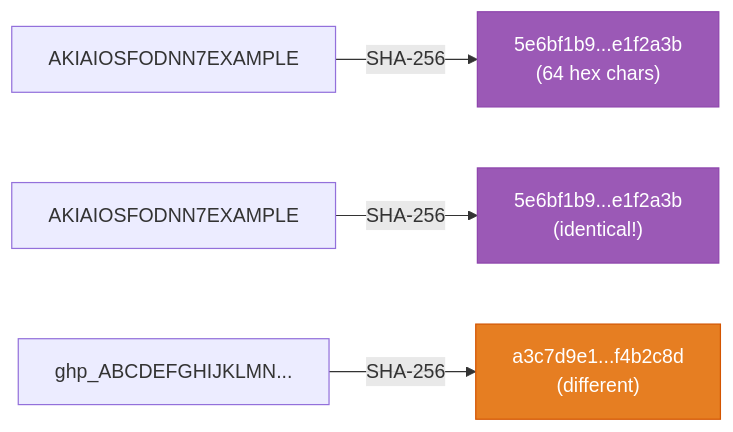
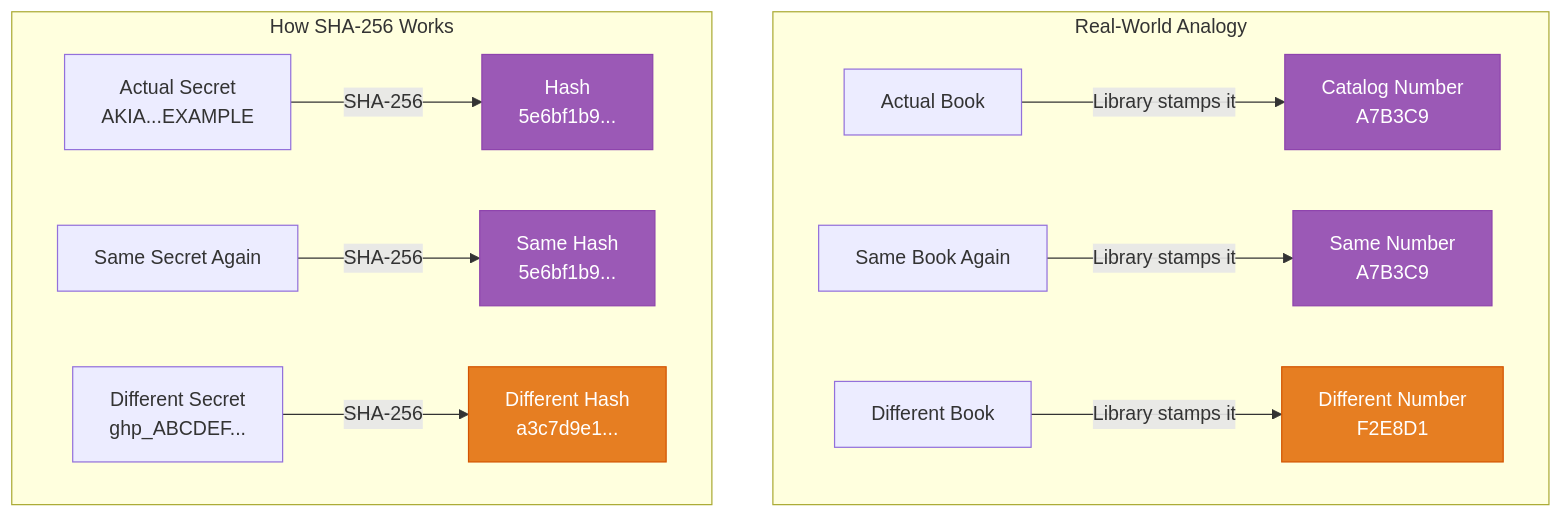
One commit to svemulapati/CredVigil changed the fourth of 41 diagrams in docs/training/02-secure-hashing-metadata-pipeline.md. Above: the diagram before and after it, drawn with Mermaid. The commit also changed other lines of this file, not shown here.

````diff
--- a/docs/training/02-secure-hashing-metadata-pipeline.md
+++ b/docs/training/02-secure-hashing-metadata-pipeline.md
@@ -158,9 +159,19 @@
 ```mermaid
-flowchart LR
-    A["AKIAIOSFODNN7EXAMPLE"] -->|"SHA-256"| B["5e6bf1b9...e1f2a3b\n(64 hex chars)"]
-    C["AKIAIOSFODNN7EXAMPLE"] -->|"SHA-256"| D["5e6bf1b9...e1f2a3b\n(identical!)"]
-    E["ghp_ABCDEFGHIJKLMN..."] -->|"SHA-256"| F["a3c7d9e1...f4b2c8d\n(different)"]
+flowchart TD
+    subgraph RealWorld["Real-World Analogy"]
+        A["Actual Book"] -->|"Library stamps it"| B["Catalog Number\nA7B3C9"]
+        C["Same Book Again"] -->|"Library stamps it"| D["Same Number\nA7B3C9"]
+        E["Different Book"] -->|"Library stamps it"| F["Different Number\nF2E8D1"]
+    end
+    subgraph Digital["How SHA-256 Works"]
+        G["Actual Secret\nAKIA...EXAMPLE"] -->|"SHA-256"| H["Hash\n5e6bf1b9..."]
+        I["Same Secret Again"] -->|"SHA-256"| J["Same Hash\n5e6bf1b9..."]
+        K["Different Secret\nghp_ABCDEF..."] -->|"SHA-256"| L["Different Hash\na3c7d9e1..."]
+    end
     style B fill:#9B59B6,stroke:#8E44AD,color:#fff
     style D fill:#9B59B6,stroke:#8E44AD,color:#fff
     style F fill:#E67E22,stroke:#D35400,color:#fff
+    style H fill:#9B59B6,stroke:#8E44AD,color:#fff
+    style J fill:#9B59B6,stroke:#8E44AD,color:#fff
+    style L fill:#E67E22,stroke:#D35400,color:#fff
 ```
````
